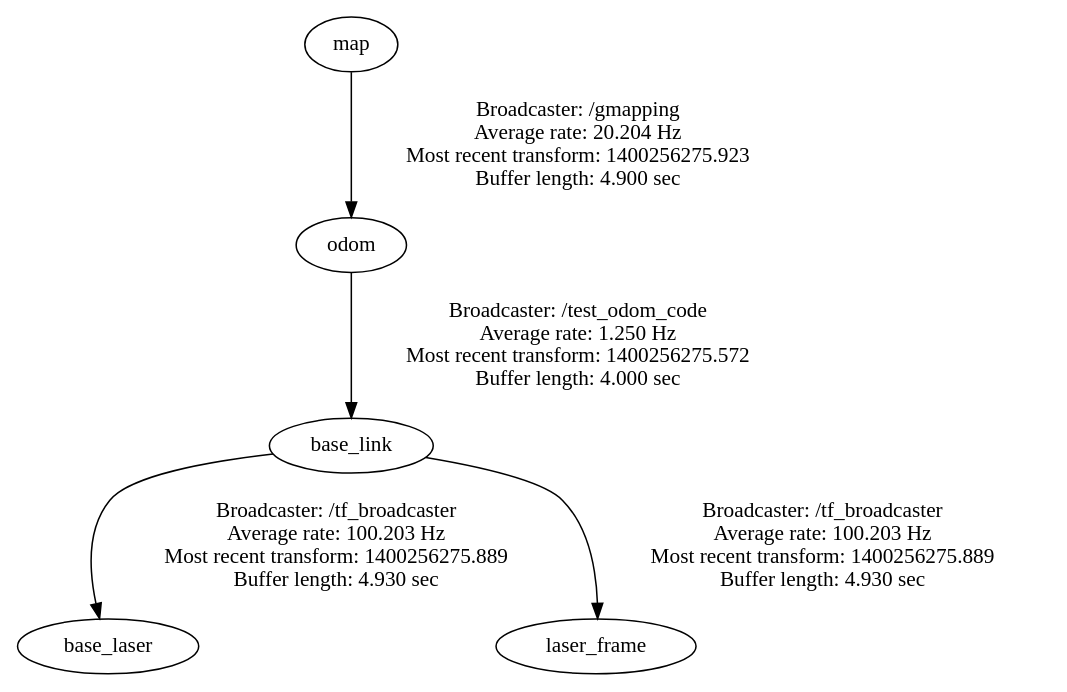
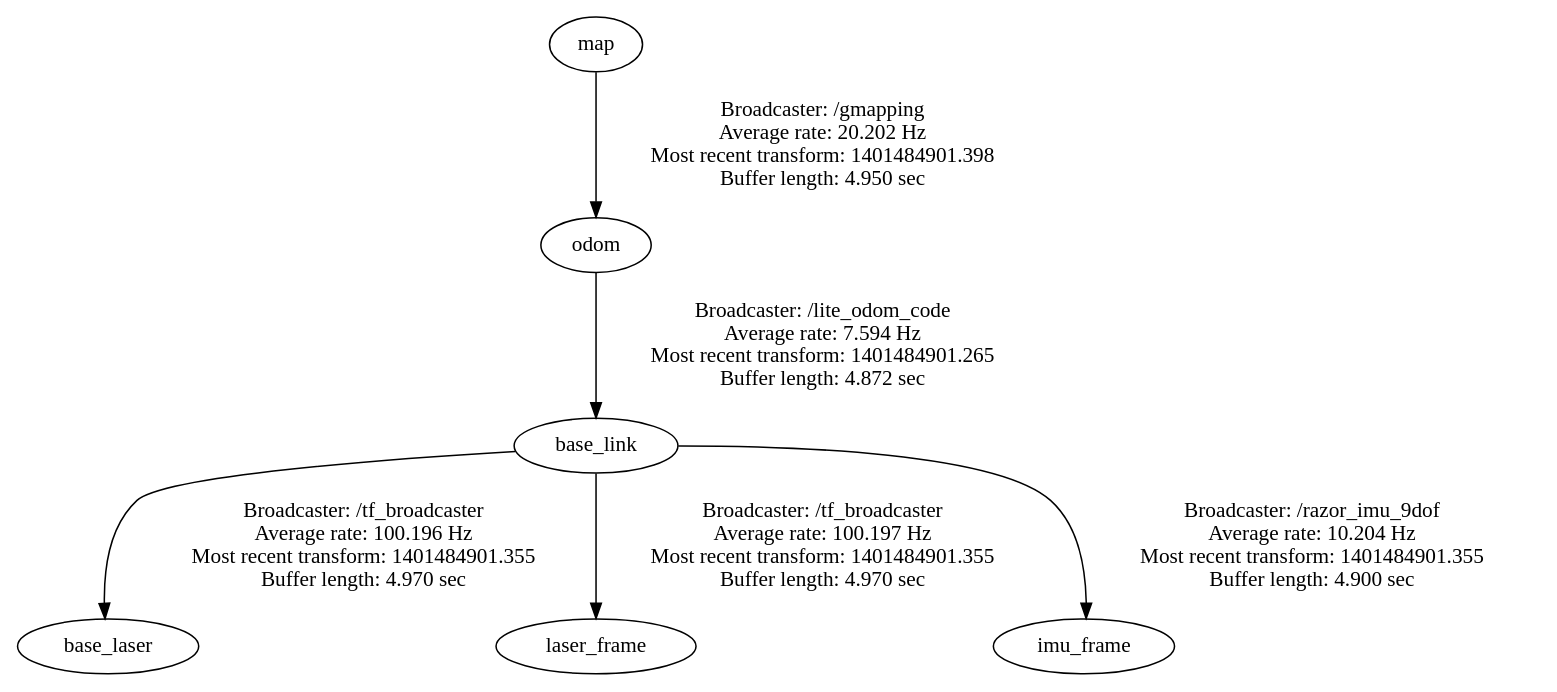
One commit to arvind2221994/catkin_ws changed the diagram in frames.gv. Above: the diagram before and after it, drawn with Graphviz. The commit also changed 345 other files, not shown here.

```diff
--- a/frames.gv
+++ b/frames.gv
@@ -1,6 +1,7 @@
 digraph G {
-"base_link" -> "base_laser"[label="Broadcaster: /tf_broadcaster\nAverage rate: 100.203 Hz\nMost recent transform: 1400256275.889 \nBuffer length: 4.930 sec\n"];
-"odom" -> "base_link"[label="Broadcaster: /test_odom_code\nAverage rate: 1.250 Hz\nMost recent transform: 1400256275.572 \nBuffer length: 4.000 sec\n"];
-"base_link" -> "laser_frame"[label="Broadcaster: /tf_broadcaster\nAverage rate: 100.203 Hz\nMost recent transform: 1400256275.889 \nBuffer length: 4.930 sec\n"];
-"map" -> "odom"[label="Broadcaster: /gmapping\nAverage rate: 20.204 Hz\nMost recent transform: 1400256275.923 \nBuffer length: 4.900 sec\n"];
+"base_link" -> "base_laser"[label="Broadcaster: /tf_broadcaster\nAverage rate: 100.196 Hz\nMost recent transform: 1401484901.355 \nBuffer length: 4.970 sec\n"];
+"odom" -> "base_link"[label="Broadcaster: /lite_odom_code\nAverage rate: 7.594 Hz\nMost recent transform: 1401484901.265 \nBuffer length: 4.872 sec\n"];
+"base_link" -> "laser_frame"[label="Broadcaster: /tf_broadcaster\nAverage rate: 100.197 Hz\nMost recent transform: 1401484901.355 \nBuffer length: 4.970 sec\n"];
+"map" -> "odom"[label="Broadcaster: /gmapping\nAverage rate: 20.202 Hz\nMost recent transform: 1401484901.398 \nBuffer length: 4.950 sec\n"];
+"base_link" -> "imu_frame"[label="Broadcaster: /razor_imu_9dof\nAverage rate: 10.204 Hz\nMost recent transform: 1401484901.355 \nBuffer length: 4.900 sec\n"];
 }
```
